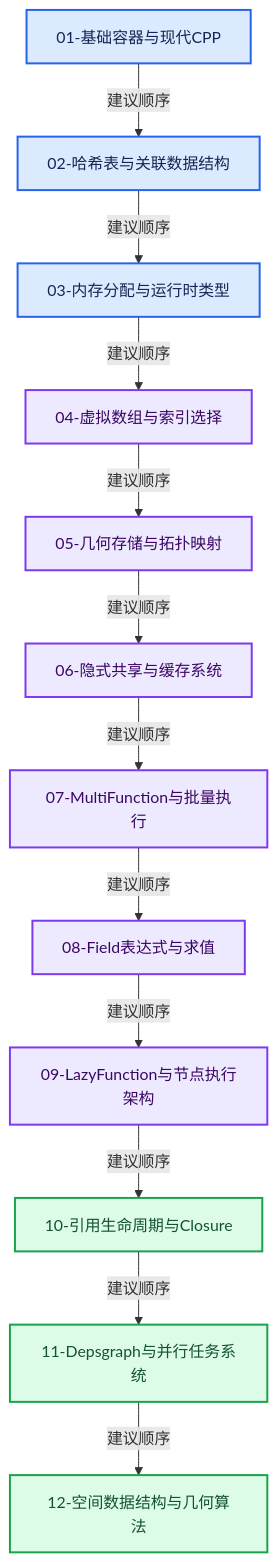
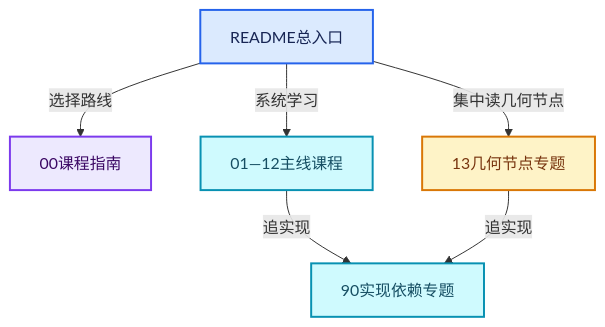
Before and after one commit to yunkezengren/blender-.vscode: the first of 2 diagrams in 杂/markdown/全面学习-codex/README.md, drawn with Mermaid. The commit also changed other lines of this file and 3731 other files, not shown here.

````diff
--- a/杂/markdown/全面学习-codex/README.md
+++ b/杂/markdown/全面学习-codex/README.md
@@ -31,32 +31,19 @@
 ```mermaid
 flowchart TB
-  C0["01-基础容器与现代CPP"]:::input
-  C1["02-哈希表与关联数据结构"]:::input
-  C2["03-内存分配与运行时类型"]:::input
-  C3["04-虚拟数组与索引选择"]:::abstraction
-  C4["05-几何存储与拓扑映射"]:::abstraction
-  C5["06-隐式共享与缓存系统"]:::abstraction
-  C6["07-MultiFunction与批量执行"]:::abstraction
-  C7["08-Field表达式与求值"]:::abstraction
-  C8["09-LazyFunction与节点执行架构"]:::abstraction
-  C9["10-引用生命周期与Closure"]:::result
-  C10["11-Depsgraph与并行任务系统"]:::result
-  C11["12-空间数据结构与几何算法"]:::result
-  C0 -->|"建议顺序"| C1
-  C1 -->|"建议顺序"| C2
-  C2 -->|"建议顺序"| C3
-  C3 -->|"建议顺序"| C4
-  C4 -->|"建议顺序"| C5
-  C5 -->|"建议顺序"| C6
-  C6 -->|"建议顺序"| C7
-  C7 -->|"建议顺序"| C8
-  C8 -->|"建议顺序"| C9
-  C9 -->|"建议顺序"| C10
-  C10 -->|"建议顺序"| C11
+  R["README总入口"]:::input
+  G["00课程指南"]:::abstraction
+  C["01—12主线课程"]:::data
+  N["13几何节点专题"]:::compute
+  D["90实现依赖专题"]:::data
+  R -->|"选择路线"| G
+  R -->|"系统学习"| C
+  R -->|"集中读几何节点"| N
+  C -->|"追实现"| D
+  N -->|"追实现"| D
   classDef input fill:#DBEAFE,stroke:#2563EB,color:#172554,stroke-width:2px;
   classDef data fill:#CFFAFE,stroke:#0891B2,color:#164E63,stroke-width:2px;
   classDef abstraction fill:#EDE9FE,stroke:#7C3AED,color:#3B0764,stroke-width:2px;
   classDef compute fill:#FEF3C7,stroke:#D97706,color:#78350F,stroke-width:2px;
   classDef result fill:#DCFCE7,stroke:#16A34A,color:#14532D,stroke-width:2px;
   classDef error fill:#FEE2E2,stroke:#DC2626,color:#7F1D1D,stroke-width:2px;
 ```
````
